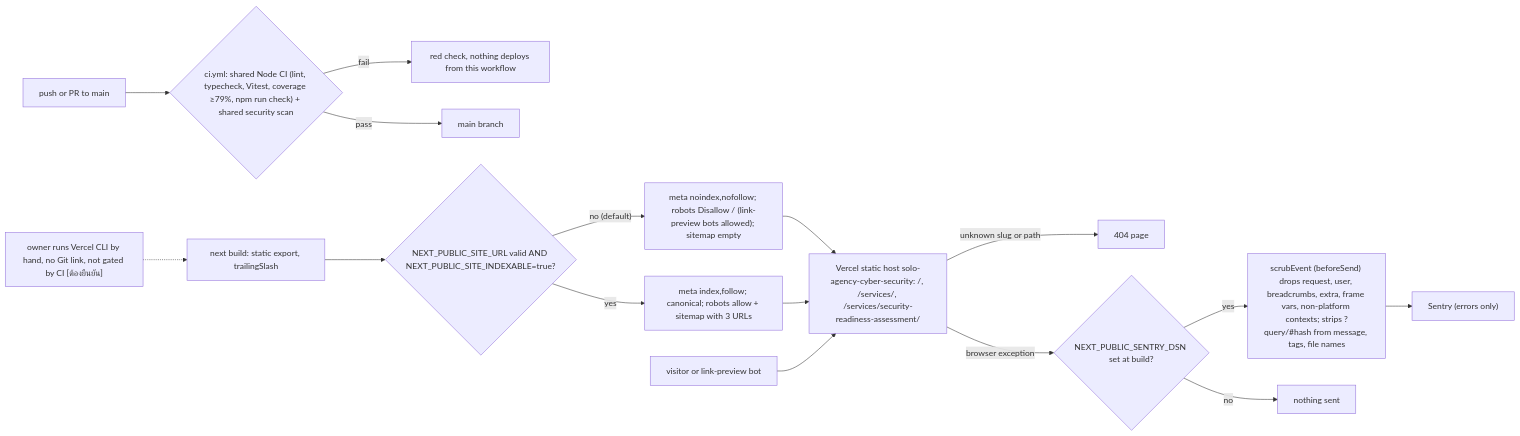
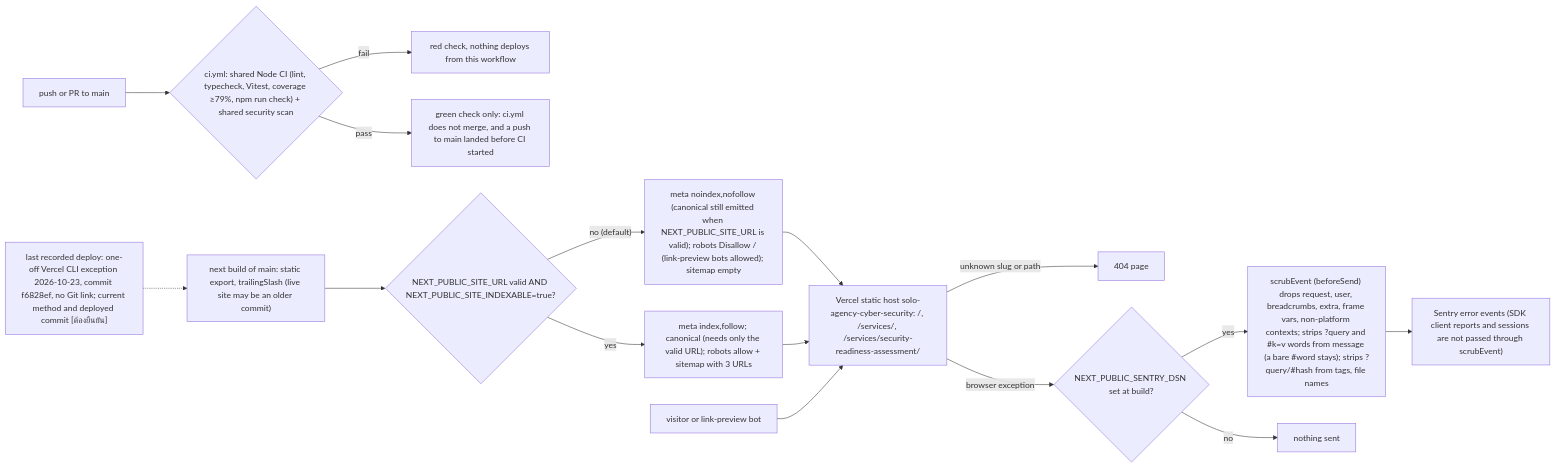
The first of 2 diagrams in docs/diagrams/01-business-process.md (bookchaowalit-agency/agency-cyber-security-web), drawn with Mermaid before and after one commit. The commit also changed other lines of this file, not shown here.

````diff
--- a/docs/diagrams/01-business-process.md
+++ b/docs/diagrams/01-business-process.md
@@ -9,17 +9,17 @@
 ```mermaid
 flowchart LR
   DEV["push or PR to main"] --> CI{"ci.yml: shared Node CI (lint, typecheck, Vitest, coverage ≥79%, npm run check) + shared security scan"}
   CI -->|fail| RED["red check, nothing deploys from this workflow"]
-  CI -->|pass| MAIN["main branch"]
-  OWNER["owner runs Vercel CLI by hand, no Git link, not gated by CI [ต้องยืนยัน]"] -.-> BUILD["next build: static export, trailingSlash"]
+  CI -->|pass| GREEN["green check only: ci.yml does not merge, and a push to main landed before CI started"]
+  OWNER["last recorded deploy: one-off Vercel CLI exception 2026-10-23, commit f6828ef, no Git link; current method and deployed commit [ต้องยืนยัน]"] -.-> BUILD["next build of main: static export, trailingSlash (live site may be an older commit)"]
   BUILD --> GATE{"NEXT_PUBLIC_SITE_URL valid AND NEXT_PUBLIC_SITE_INDEXABLE=true?"}
-  GATE -->|"no (default)"| NOIDX["meta noindex,nofollow; robots Disallow / (link-preview bots allowed); sitemap empty"]
-  GATE -->|yes| IDX["meta index,follow; canonical; robots allow + sitemap with 3 URLs"]
+  GATE -->|"no (default)"| NOIDX["meta noindex,nofollow (canonical still emitted when NEXT_PUBLIC_SITE_URL is valid); robots Disallow / (link-preview bots allowed); sitemap empty"]
+  GATE -->|yes| IDX["meta index,follow; canonical (needs only the valid URL); robots allow + sitemap with 3 URLs"]
   NOIDX --> SITE["Vercel static host solo-agency-cyber-security: /, /services/, /services/security-readiness-assessment/"]
   IDX --> SITE
   VIS["visitor or link-preview bot"] --> SITE
   SITE -->|"unknown slug or path"| NF["404 page"]
   SITE -->|"browser exception"| DSN{"NEXT_PUBLIC_SENTRY_DSN set at build?"}
-  DSN -->|yes| SCRUB["scrubEvent (beforeSend) drops request, user, breadcrumbs, extra, frame vars, non-platform contexts; strips ?query/#hash from message, tags, file names"] --> SENTRY["Sentry (errors only)"]
+  DSN -->|yes| SCRUB["scrubEvent (beforeSend) drops request, user, breadcrumbs, extra, frame vars, non-platform contexts; strips ?query and #k=v words from message (a bare #word stays); strips ?query/#hash from tags, file names"] --> SENTRY["Sentry error events (SDK client reports and sessions are not passed through scrubEvent)"]
   DSN -->|no| NONE["nothing sent"]
 ```
````
